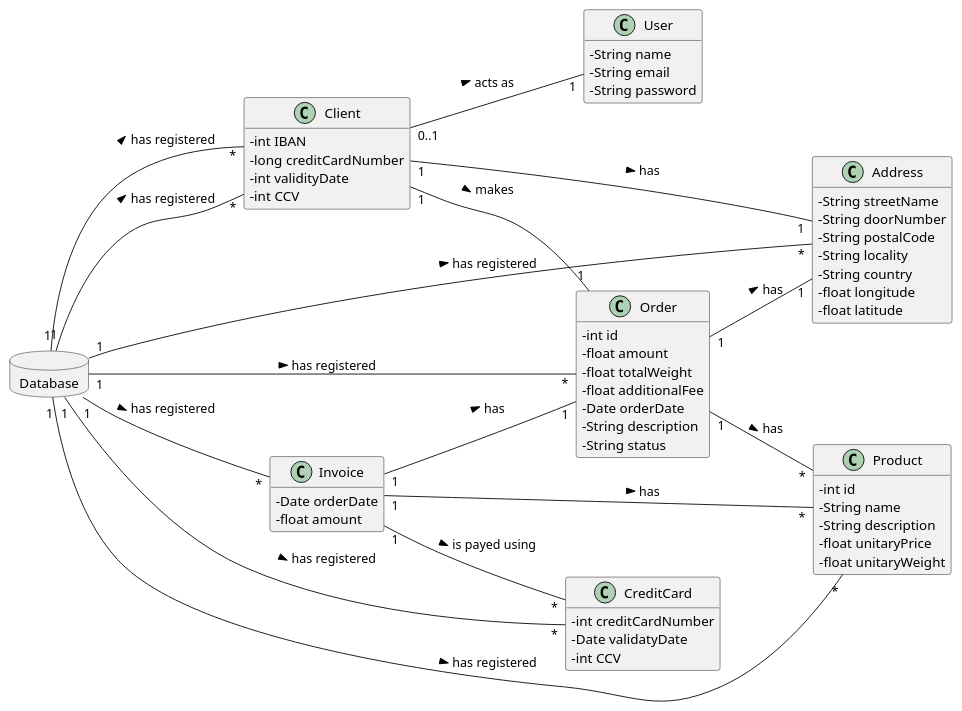
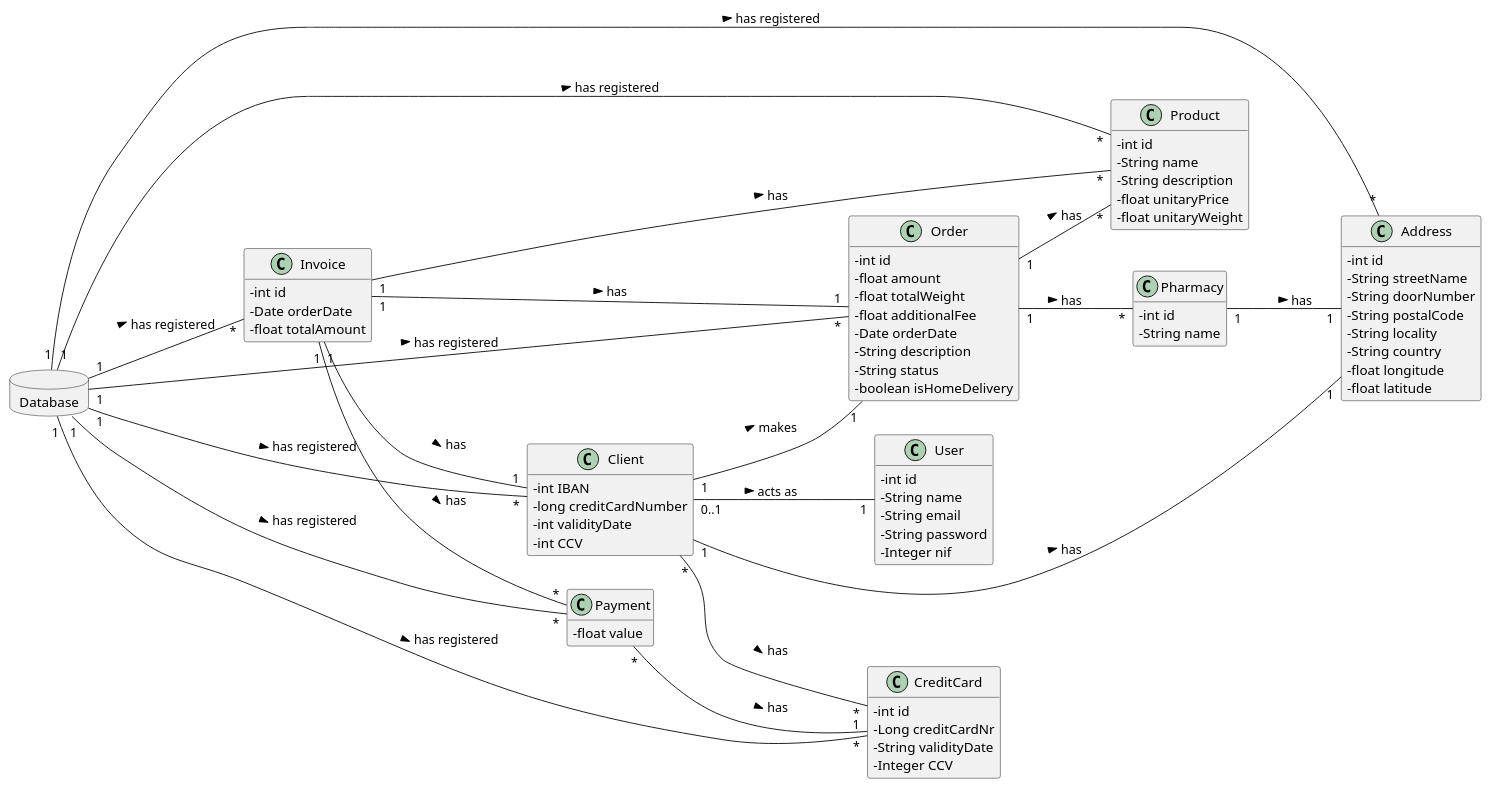
The diagram in docs/Iteration 2/Make An Order/Refinement/US26_GenerateInvoice/US26_DM.puml (tiagoavcosta25/LAPR3), drawn with PlantUML before and after one commit. The commit also changed 7 other files, not shown here.

```diff
--- a/docs/Iteration 2/Make An Order/Refinement/US26_GenerateInvoice/US26_DM.puml
+++ b/docs/Iteration 2/Make An Order/Refinement/US26_GenerateInvoice/US26_DM.puml
@@ -1,76 +1,95 @@
 @startuml
 skinparam classAttributeIconSize 0
 hide methods
 left to right direction
 
 database Database {
 }
 
 class Client{
 -   int IBAN
 -   long creditCardNumber
 -   int validityDate
 -   int CCV
 }
 
 class User{
+-   int id
 -   String name
 -   String email
 -   String password
+-   Integer nif
 }
 
 class Address{
+-   int id
 -   String streetName
 -   String doorNumber
 -   String postalCode
 -   String locality
 -   String country
 -   float longitude
 -   float latitude
 }
 
 class Order{
 -   int id
 -   float amount
 -   float totalWeight
 -   float additionalFee
 -   Date orderDate
 -   String description
 -   String status
+-   boolean isHomeDelivery
 }
 
 class Product{
 -   int id
 -   String name
 -   String description
 -   float unitaryPrice
 -   float unitaryWeight
 }
 
-class Invoice{
--   Date orderDate
--   float amount
+class Pharmacy{
+-   int id
+-   String name
 }
 
 class CreditCard{
--   int creditCardNumber
--   Date validatyDate
--   int CCV
+-   int id
+-   Long creditCardNr
+-   String validityDate
+-   Integer CCV
+}
+
+class Payment{
+-   float value
+}
+
+class Invoice{
+-   int id
+-   Date orderDate
+-   float totalAmount
 }
 
 Database "1" -- "*" Client : has registered >
 Database "1" -- "*" Order : has registered >
 Database "1" -- "*" Product : has registered >
 Database "1" -- "*" Address : has registered >
+Database "1" -- "*" CreditCard : has registered >
+Database "1" -- "*" Payment : has registered >
 Database "1" -- "*" Invoice : has registered >
-Database "1" -- "*" Client : has registered >
-Database "1" -- "*" CreditCard : has registered >
 Order "1" -- "*" Product : has >
+Order "1" -- "*" Pharmacy : has >
 Client "0..1" -- "1" User: acts as >
 Client "1" -- "1" Order : makes >
 Client "1" -- "1" Address : has >
-Order "1" -- "1" Address : has >
+Pharmacy "1" -- "1" Address : has >
+Client "*" -- "*" CreditCard : has >
+Payment "*" -- "1" CreditCard : has >
+Invoice "1" -- "*" Payment : has >
+Invoice "1" -- "*" Product : has >
 Invoice "1" -- "1" Order : has >
-Invoice "1" -- "*" Product : has >
-Invoice "1" -- "*" CreditCard : is payed using >
+Invoice "1" -- "1" Client : has >
 @enduml
```
